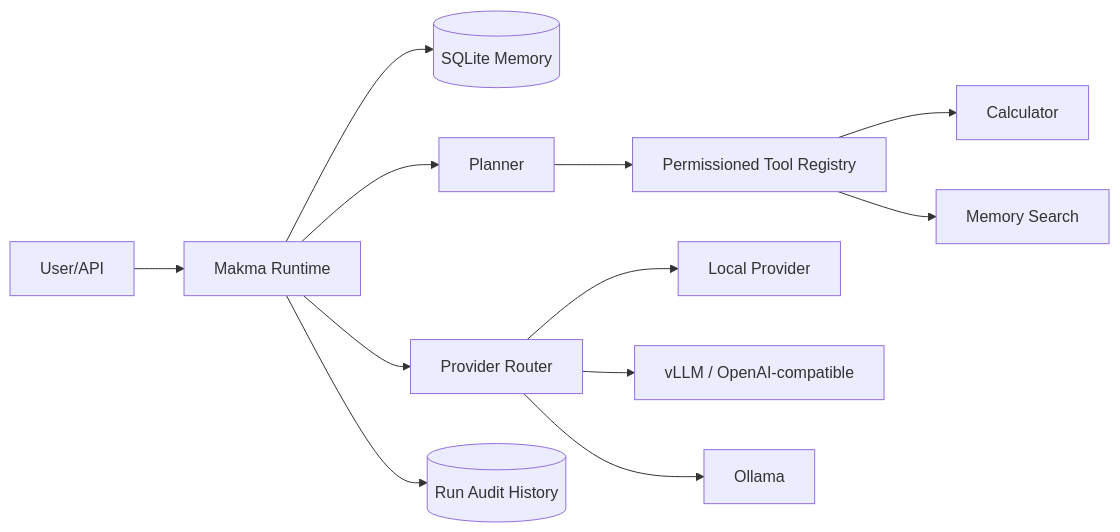
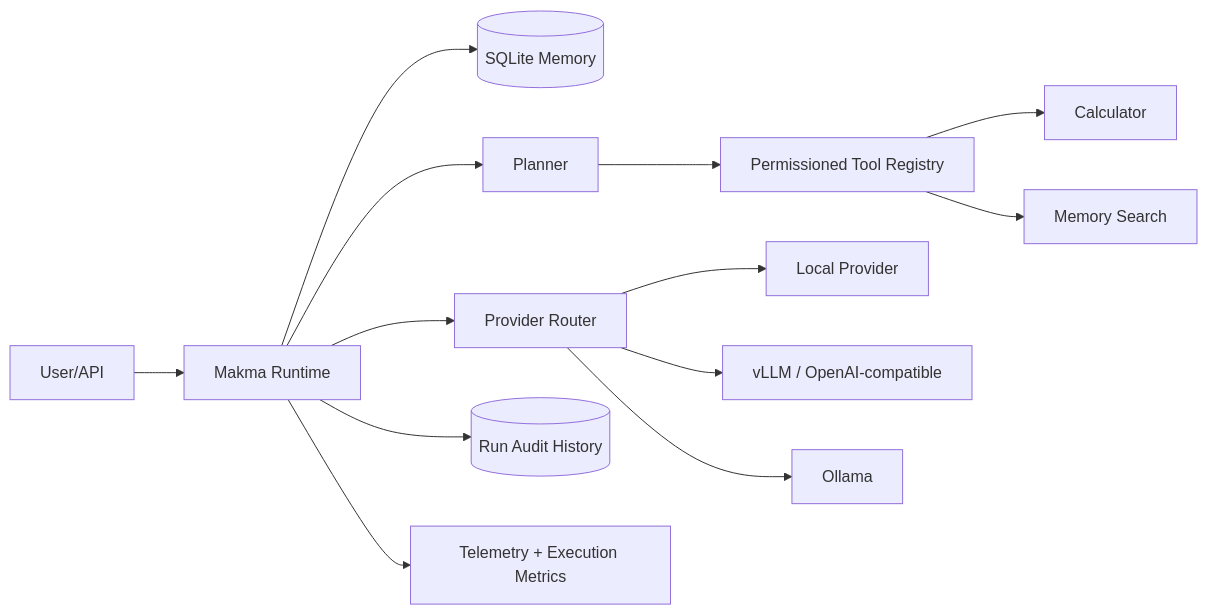
Before and after one commit to maharshimak/makma-ai-os: the diagram in README.md, drawn with Mermaid. The commit also changed other lines of this file and 13 other files, not shown here.

````diff
--- a/README.md
+++ b/README.md
@@ -24,14 +26,15 @@
 ```mermaid
 flowchart LR
     U[User/API] --> O[Makma Runtime]
     O --> M[(SQLite Memory)]
     O --> P[Planner]
     P --> T[Permissioned Tool Registry]
     T --> C[Calculator]
     T --> S[Memory Search]
     O --> R[Provider Router]
     R --> L[Local Provider]
     R --> V[vLLM / OpenAI-compatible]
     R --> OL[Ollama]
     O --> A[(Run Audit History)]
+    O --> X[Telemetry + Execution Metrics]
 ```
````
